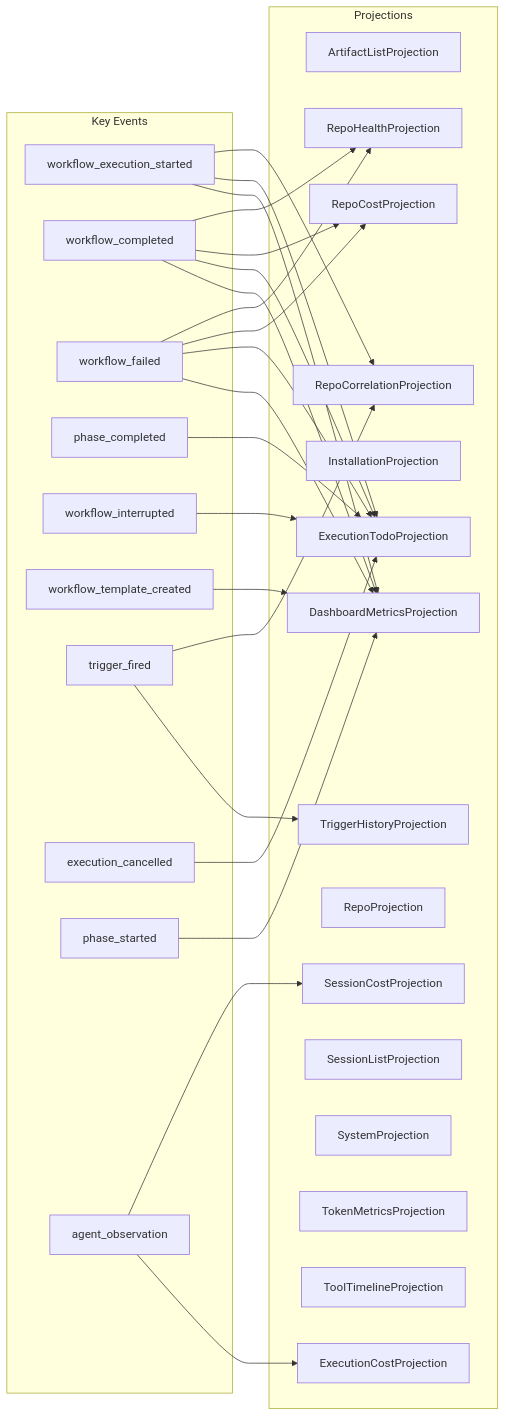
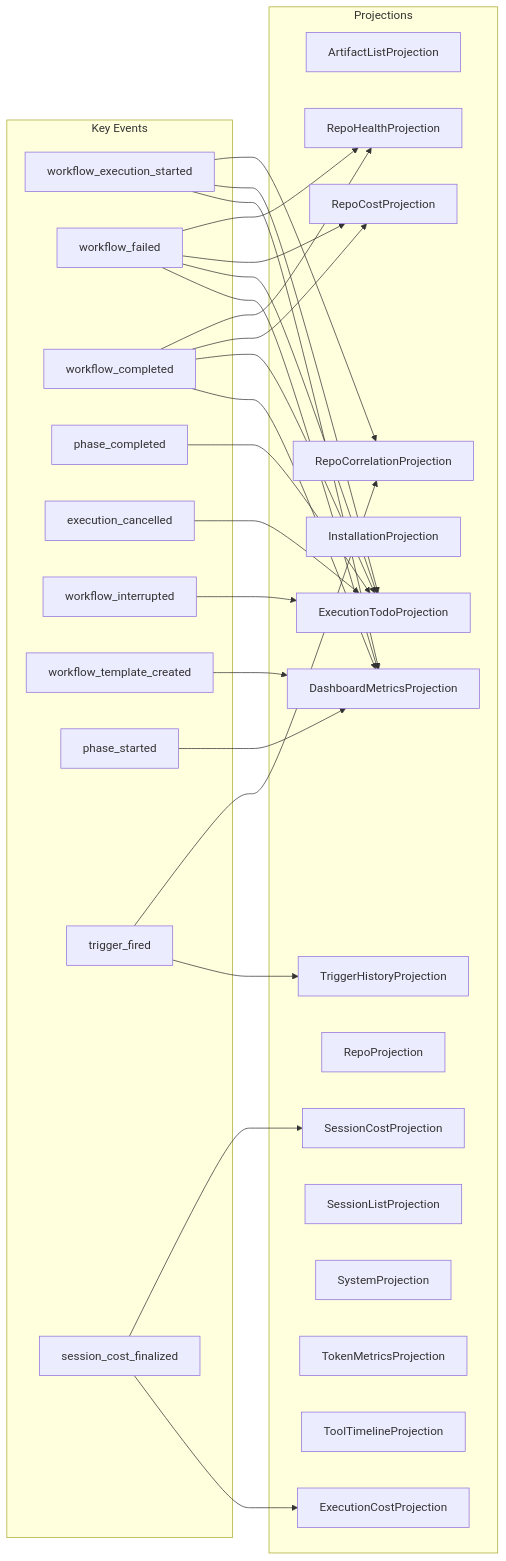
The diagram in docs/architecture/projection-subscriptions.md (syntropic137/syntropic137), drawn with Mermaid before and after one commit. The commit also changed other lines of this file and 12 other files, not shown here.

````diff
--- a/docs/architecture/projection-subscriptions.md
+++ b/docs/architecture/projection-subscriptions.md
@@ -15,54 +15,54 @@
 ```mermaid
 graph LR
     subgraph events["Key Events"]
         e1[workflow_execution_started]
-        e2[workflow_completed]
-        e3[workflow_failed]
+        e2[workflow_failed]
+        e3[workflow_completed]
         e4[phase_completed]
-        e5[workflow_interrupted]
-        e6[workflow_template_created]
-        e7[trigger_fired]
-        e8[execution_cancelled]
-        e9[phase_started]
-        e10[agent_observation]
+        e5[execution_cancelled]
+        e6[workflow_interrupted]
+        e7[workflow_template_created]
+        e8[phase_started]
+        e9[trigger_fired]
+        e10[session_cost_finalized]
     end
 
     subgraph projections["Projections"]
         p1[ArtifactListProjection]
         p2[DashboardMetricsProjection]
         p3[ExecutionCostProjection]
         p4[ExecutionTodoProjection]
         p5[InstallationProjection]
         p6[RepoCorrelationProjection]
         p7[RepoCostProjection]
         p8[RepoHealthProjection]
         p9[RepoProjection]
         p10[SessionCostProjection]
         p11[SessionListProjection]
         p12[SystemProjection]
         p13[TokenMetricsProjection]
         p14[ToolTimelineProjection]
         p15[TriggerHistoryProjection]
     end
 
     e10 --> p10
     e10 --> p3
     e4 --> p4
     e2 --> p8
     e2 --> p7
     e2 --> p4
     e2 --> p2
     e5 --> p4
-    e1 --> p6
-    e1 --> p4
-    e1 --> p2
-    e6 --> p2
-    e7 --> p6
-    e7 --> p15
-    e8 --> p4
+    e6 --> p4
+    e7 --> p2
+    e8 --> p2
     e3 --> p8
     e3 --> p7
     e3 --> p4
     e3 --> p2
-    e9 --> p2
+    e1 --> p6
+    e1 --> p4
+    e1 --> p2
+    e9 --> p6
+    e9 --> p15
 ```
````
